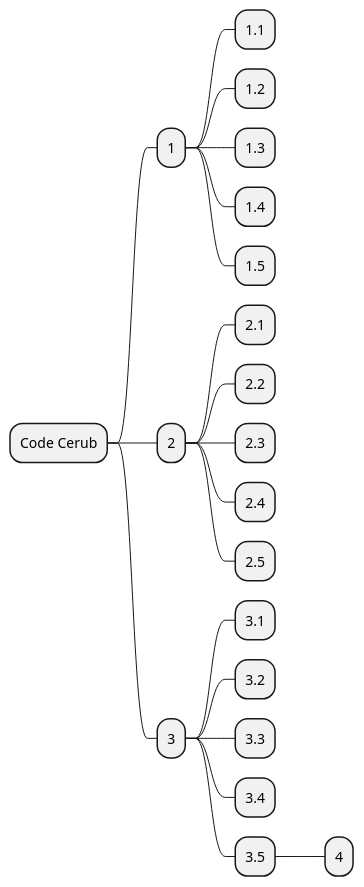
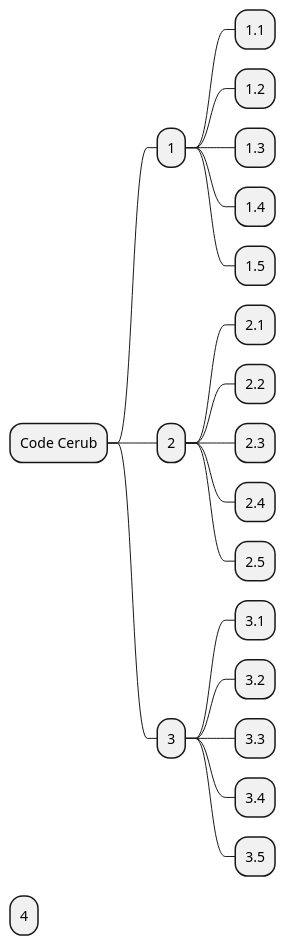
Before and after one commit to ninaleo/S2021-AB5160-core: the third of 4 diagrams in dokumentit/10-Projektihallinta/projektisuunnitelma.md, drawn with PlantUML.

````diff
--- a/dokumentit/10-Projektihallinta/projektisuunnitelma.md
+++ b/dokumentit/10-Projektihallinta/projektisuunnitelma.md
@@ -168,24 +168,24 @@
 ```plantuml
 @startmindmap
 + Code Cerub
 ++ 1
 +++ 1.1
 +++ 1.2
 +++ 1.3
 +++ 1.4
 +++ 1.5
 ++ 2
 +++ 2.1
 +++ 2.2
 +++ 2.3
 +++ 2.4
 +++ 2.5
 ++ 3
 +++ 3.1
 +++ 3.2
 +++ 3.3
 +++ 3.4
 +++ 3.5
-++++ 4
++ 4
 @endmindmap
 ```
````
